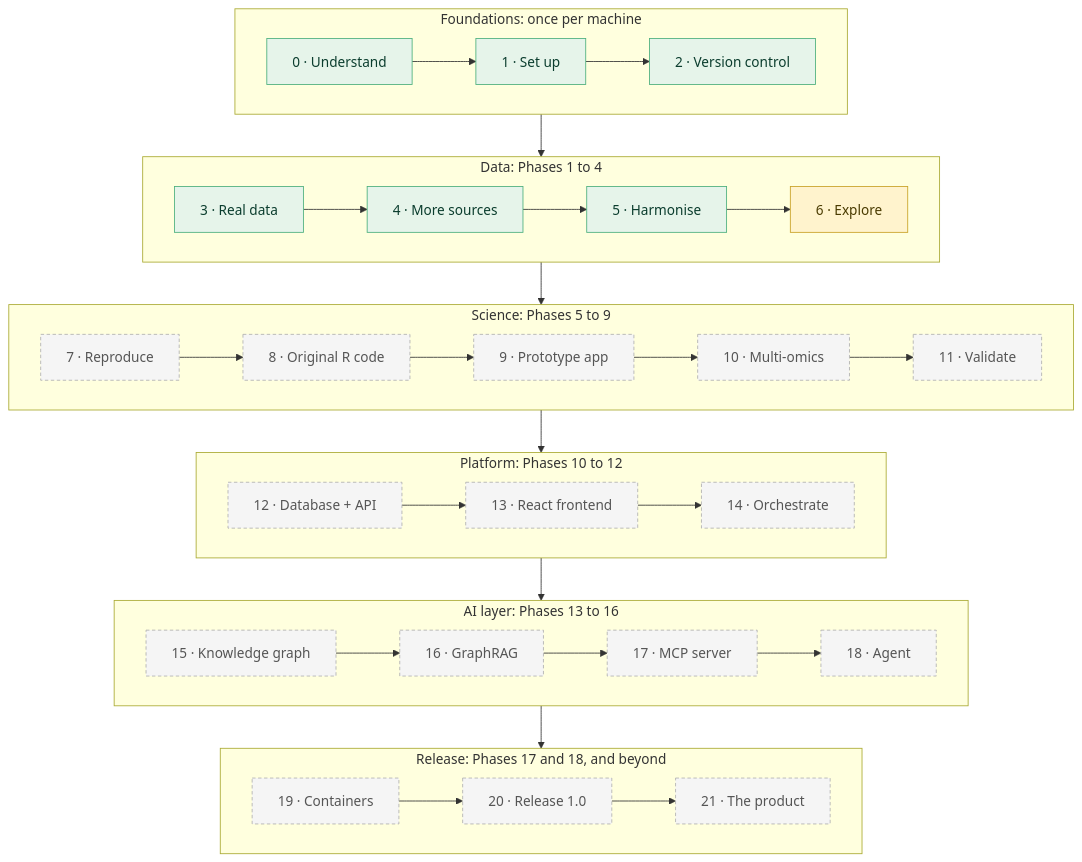
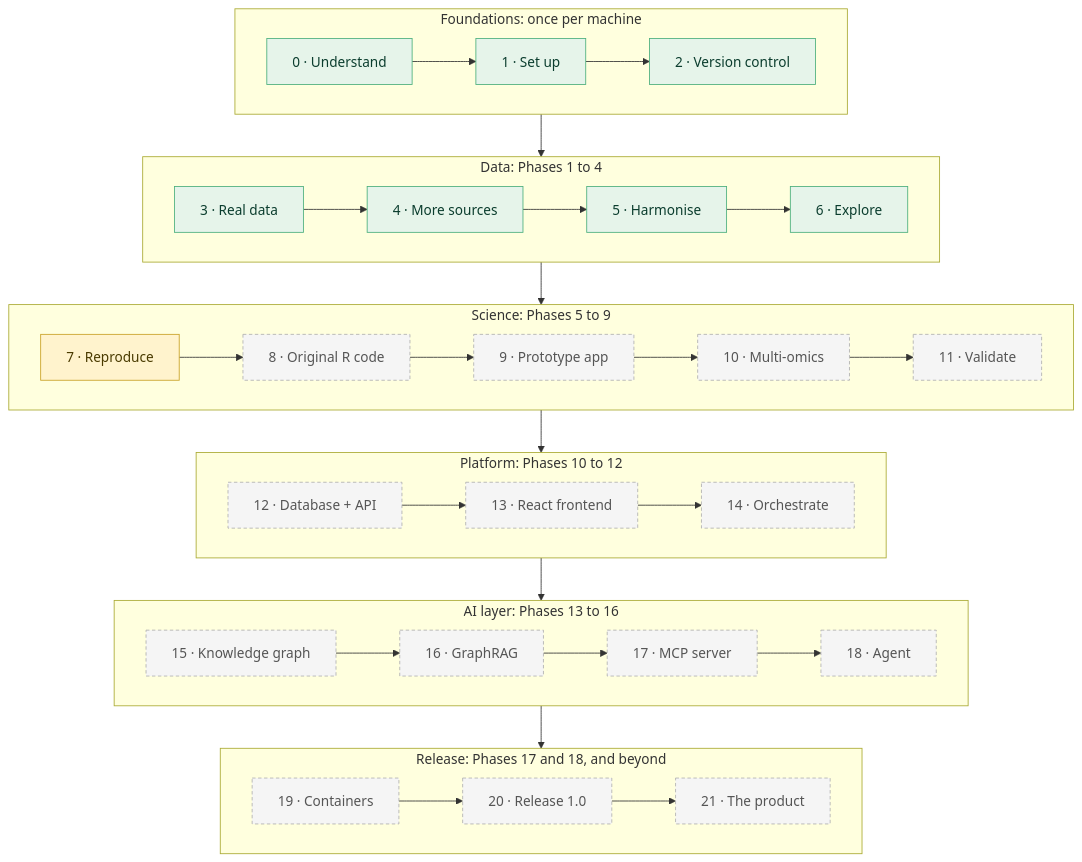
The first of 2 diagrams in docs/HANDBOOK.md (akannan2987/realsignal), drawn with Mermaid before and after one commit. The commit also changed other lines of this file and 28 other files, not shown here.

````diff
--- a/docs/HANDBOOK.md
+++ b/docs/HANDBOOK.md
@@ -35,35 +35,35 @@
 ```mermaid
 flowchart TB
     subgraph FOUND["Foundations: once per machine"]
         direction LR
         S0["0 · Understand"] --> S1["1 · Set up"] --> S2["2 · Version control"]
     end
     subgraph DATA["Data: Phases 1 to 4"]
         direction LR
         S3["3 · Real data"] --> S4["4 · More sources"] --> S5["5 · Harmonise"] --> S6["6 · Explore"]
     end
     subgraph SCIENCE["Science: Phases 5 to 9"]
         direction LR
         S7["7 · Reproduce"] --> S8["8 · Original R code"] --> S9["9 · Prototype app"] --> S10["10 · Multi-omics"] --> S11["11 · Validate"]
     end
     subgraph PLATFORM["Platform: Phases 10 to 12"]
         direction LR
         S12["12 · Database + API"] --> S13["13 · React frontend"] --> S14["14 · Orchestrate"]
     end
     subgraph AI["AI layer: Phases 13 to 16"]
         direction LR
         S15["15 · Knowledge graph"] --> S16["16 · GraphRAG"] --> S17["17 · MCP server"] --> S18["18 · Agent"]
     end
     subgraph RELEASE["Release: Phases 17 and 18, and beyond"]
         direction LR
         S19["19 · Containers"] --> S20["20 · Release 1.0"] --> S21["21 · The product"]
     end
     FOUND --> DATA --> SCIENCE --> PLATFORM --> AI --> RELEASE
 
     classDef done fill:#E6F4EA,stroke:#4CAF7D,color:#0B3D2E;
     classDef next fill:#FFF3CD,stroke:#C9A227,color:#4A3B00;
     classDef later fill:#F5F5F5,stroke:#B0B0B0,color:#555555,stroke-dasharray:4 3;
-    class S0,S1,S2,S3,S4,S5 done
-    class S6 next
-    class S7,S8,S9,S10,S11,S12,S13,S14,S15,S16,S17,S18,S19,S20,S21 later
+    class S0,S1,S2,S3,S4,S5,S6 done
+    class S7 next
+    class S8,S9,S10,S11,S12,S13,S14,S15,S16,S17,S18,S19,S20,S21 later
 ```
````
